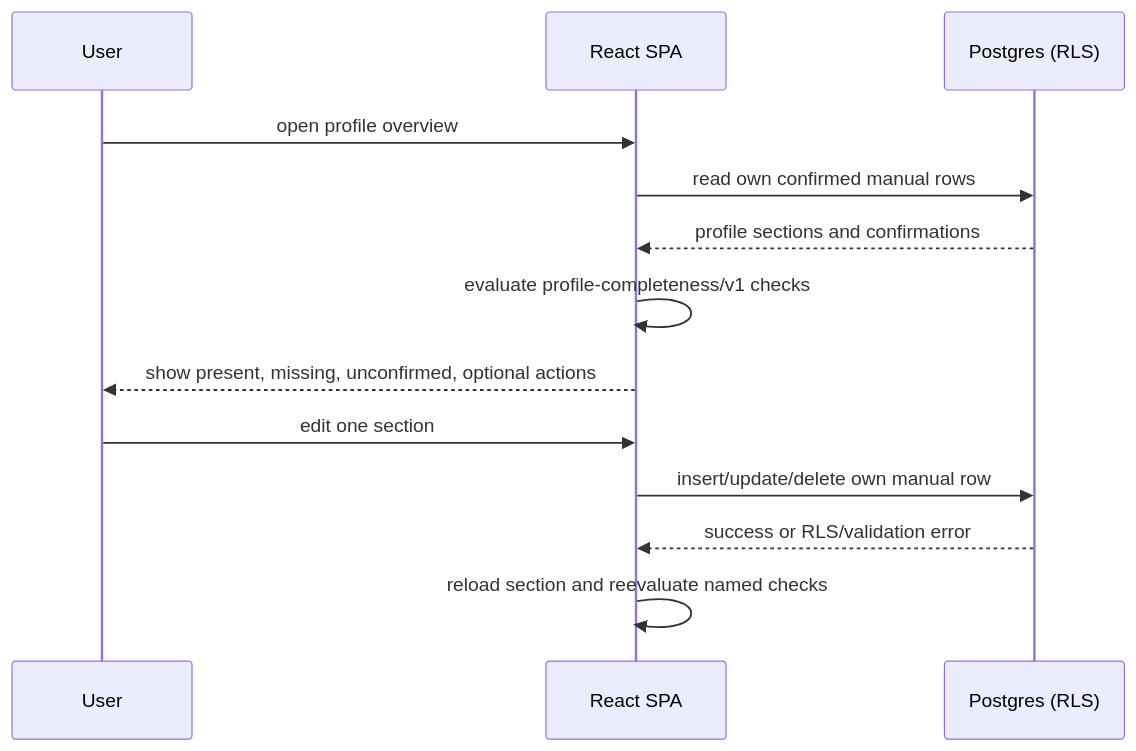
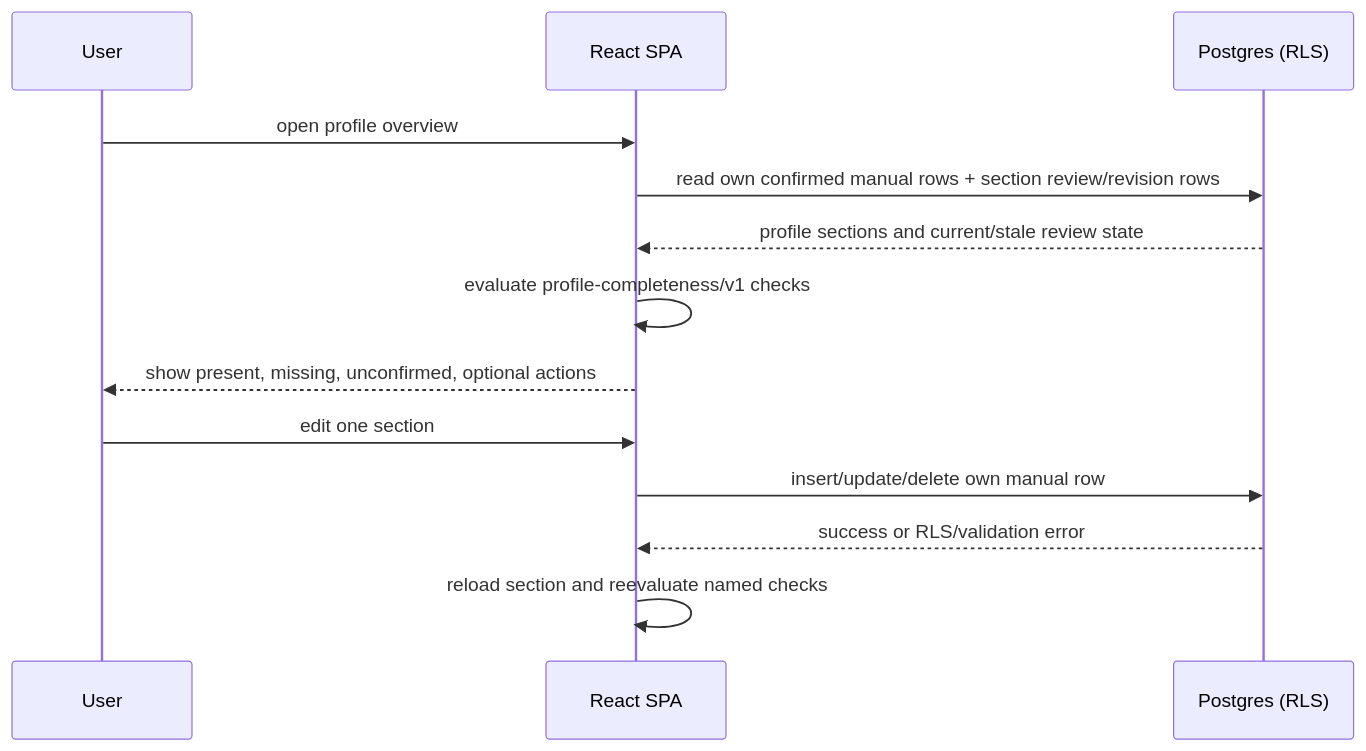
The second of 3 diagrams in docs/DATA_FLOW.md (abdo2006-dev/CareerOS), drawn with Mermaid before and after one commit. The commit also changed other lines of this file and 12 other files, not shown here.

````diff
--- a/docs/DATA_FLOW.md
+++ b/docs/DATA_FLOW.md
@@ -83,16 +83,16 @@
 ```mermaid
 sequenceDiagram
     participant User
     participant SPA as React SPA
     participant DB as Postgres (RLS)
 
     User->>SPA: open profile overview
-    SPA->>DB: read own confirmed manual rows
-    DB-->>SPA: profile sections and confirmations
+    SPA->>DB: read own confirmed manual rows + section review/revision rows
+    DB-->>SPA: profile sections and current/stale review state
     SPA->>SPA: evaluate profile-completeness/v1 checks
     SPA-->>User: show present, missing, unconfirmed, optional actions
     User->>SPA: edit one section
     SPA->>DB: insert/update/delete own manual row
     DB-->>SPA: success or RLS/validation error
     SPA->>SPA: reload section and reevaluate named checks
 ```
````
